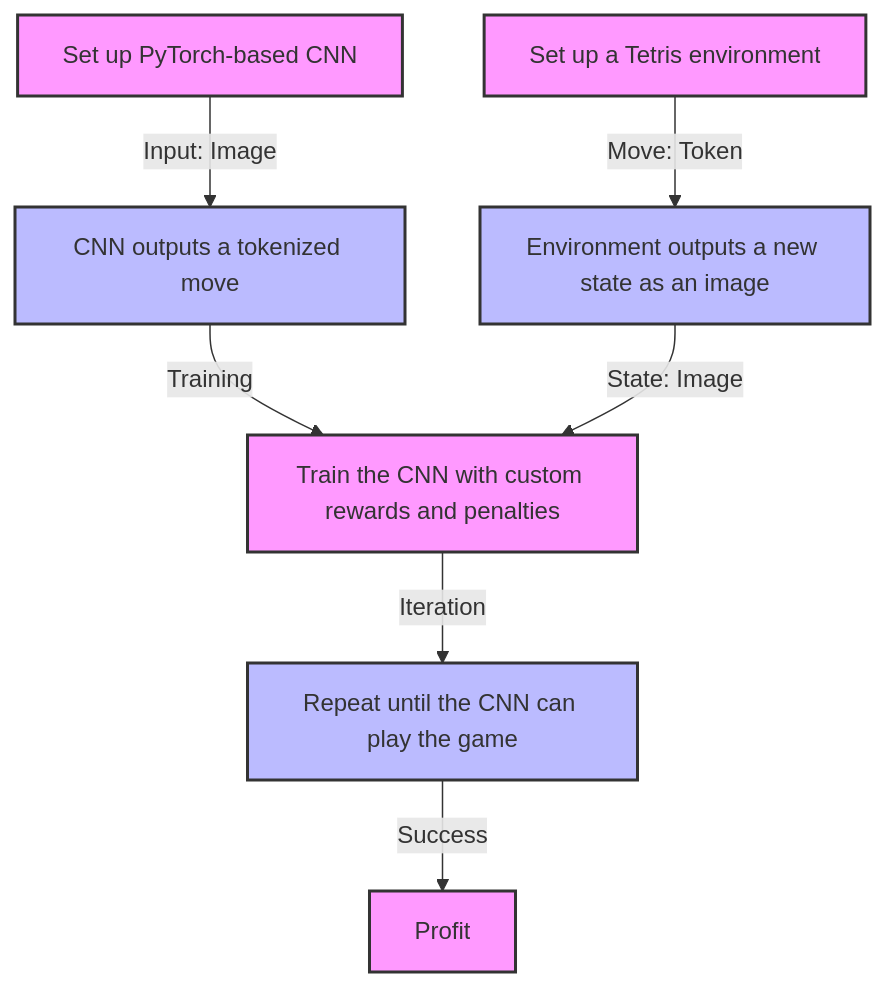
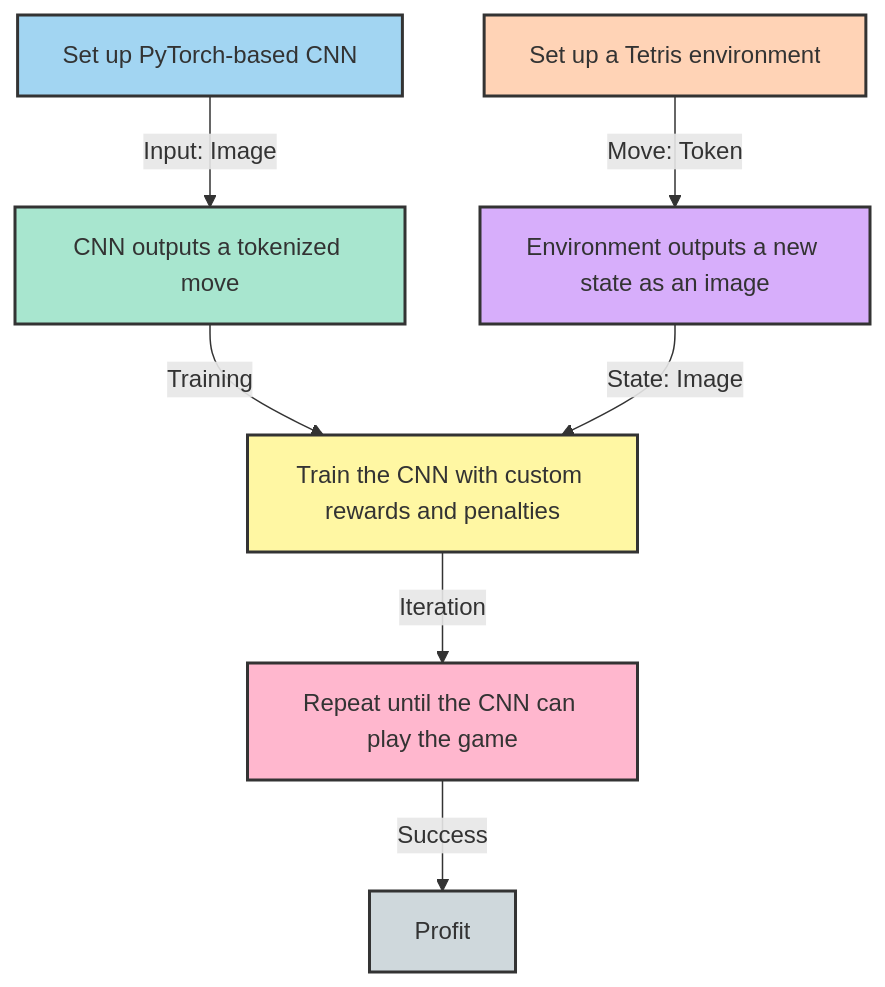
Before and after one commit to ZeroUni/tetrai: the diagram in README.md, drawn with Mermaid.

````diff
--- a/README.md
+++ b/README.md
@@ -5,17 +5,17 @@
 ```mermaid
 graph TD;
     A[Set up PyTorch-based CNN] -->|Input: Image| B[CNN outputs a tokenized move];
     C[Set up a Tetris environment] -->|Move: Token| D[Environment outputs a new state as an image];
     B -->|Training| E[Train the CNN with custom rewards and penalties];
     D -->|State: Image| E;
     E -->|Iteration| F[Repeat until the CNN can play the game];
     F -->|Success| G[Profit];
     
-    style A fill:#f9f,stroke:#333,stroke-width:2px;
-    style B fill:#bbf,stroke:#333,stroke-width:2px;
-    style C fill:#f9f,stroke:#333,stroke-width:2px;
-    style D fill:#bbf,stroke:#333,stroke-width:2px;
-    style E fill:#f9f,stroke:#333,stroke-width:2px;
-    style F fill:#bbf,stroke:#333,stroke-width:2px;
-    style G fill:#f9f,stroke:#333,stroke-width:2px;
+    style A fill:#a2d5f2,stroke:#333,stroke-width:2px;
+    style B fill:#a8e6cf,stroke:#333,stroke-width:2px;
+    style C fill:#ffd3b6,stroke:#333,stroke-width:2px;
+    style D fill:#d7aefb,stroke:#333,stroke-width:2px;
+    style E fill:#fff7a3,stroke:#333,stroke-width:2px;
+    style F fill:#ffb7ce,stroke:#333,stroke-width:2px;
+    style G fill:#cfd8dc,stroke:#333,stroke-width:2px;
 ```
````
